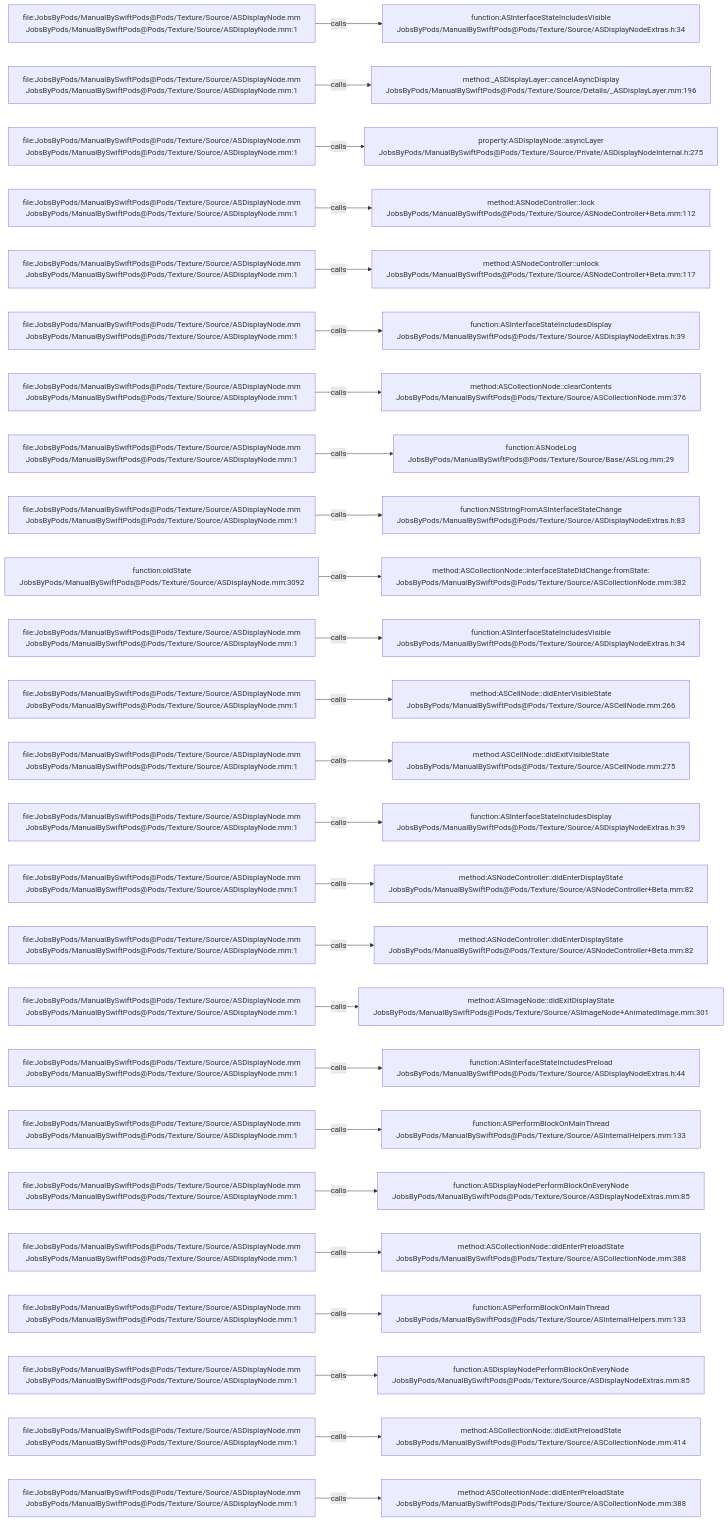
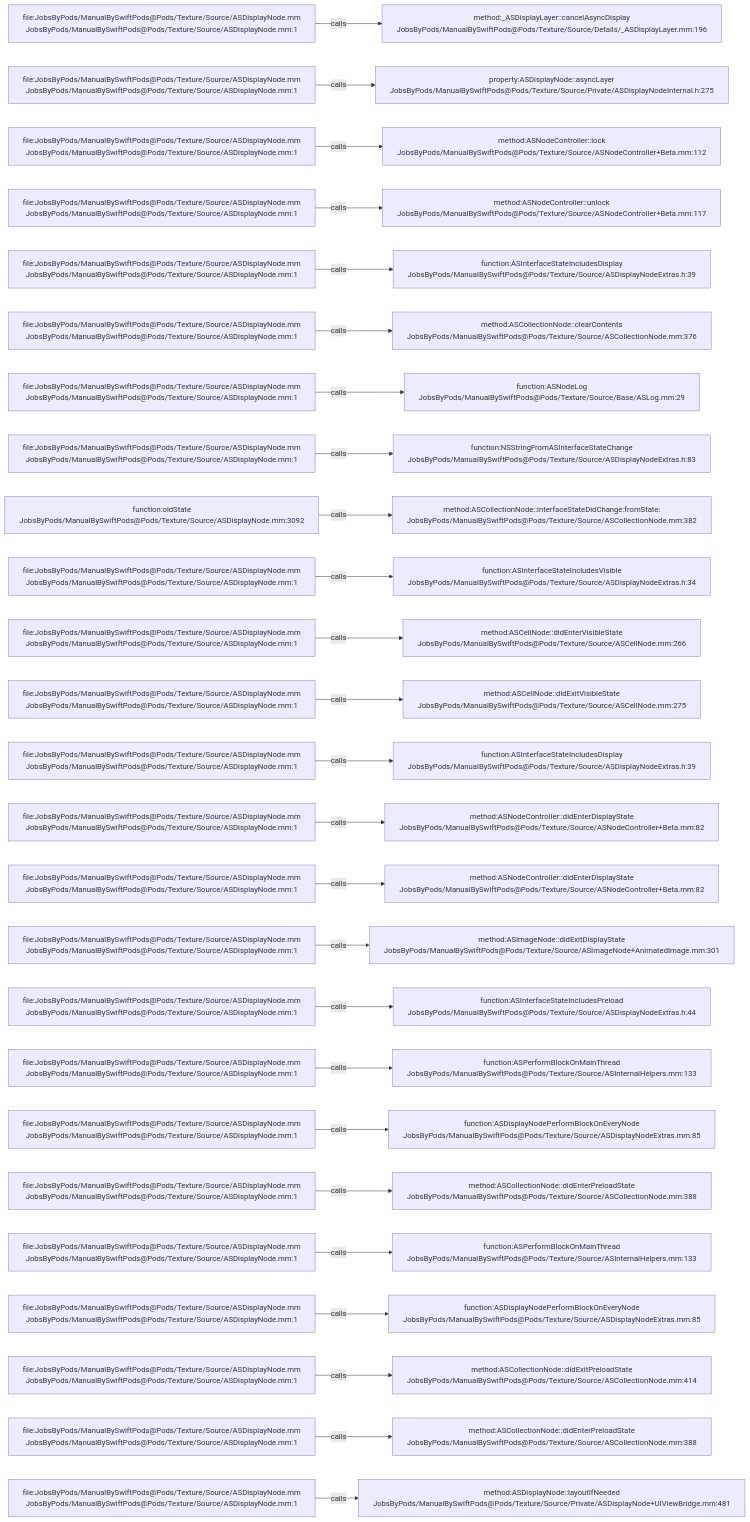
Before and after one commit to JobsKits/JobsSwiftBaseConfigDemo: the diagram in .codegraph/codegraph.md/graphs/calls-035.md, drawn with Mermaid. The commit also changed 747 other files, not shown here.

````diff
--- a/.codegraph/codegraph.md/graphs/calls-035.md
+++ b/.codegraph/codegraph.md/graphs/calls-035.md
@@ -13,78 +13,78 @@
 ```mermaid
 flowchart LR
   S1["file:JobsByPods/ManualBySwiftPods@Pods/Texture/Source/ASDisplayNode.mm<br/>JobsByPods/ManualBySwiftPods@Pods/Texture/Source/ASDisplayNode.mm:1"]
-  T1["function:ASInterfaceStateIncludesVisible<br/>JobsByPods/ManualBySwiftPods@Pods/Texture/Source/ASDisplayNodeExtras.h:34"]
+  T1["method:_ASDisplayLayer::cancelAsyncDisplay<br/>JobsByPods/ManualBySwiftPods@Pods/Texture/Source/Details/_ASDisplayLayer.mm:196"]
   S1 -->|calls| T1
   S2["file:JobsByPods/ManualBySwiftPods@Pods/Texture/Source/ASDisplayNode.mm<br/>JobsByPods/ManualBySwiftPods@Pods/Texture/Source/ASDisplayNode.mm:1"]
-  T2["method:_ASDisplayLayer::cancelAsyncDisplay<br/>JobsByPods/ManualBySwiftPods@Pods/Texture/Source/Details/_ASDisplayLayer.mm:196"]
+  T2["property:ASDisplayNode::asyncLayer<br/>JobsByPods/ManualBySwiftPods@Pods/Texture/Source/Private/ASDisplayNodeInternal.h:275"]
   S2 -->|calls| T2
   S3["file:JobsByPods/ManualBySwiftPods@Pods/Texture/Source/ASDisplayNode.mm<br/>JobsByPods/ManualBySwiftPods@Pods/Texture/Source/ASDisplayNode.mm:1"]
-  T3["property:ASDisplayNode::asyncLayer<br/>JobsByPods/ManualBySwiftPods@Pods/Texture/Source/Private/ASDisplayNodeInternal.h:275"]
+  T3["method:ASNodeController::lock<br/>JobsByPods/ManualBySwiftPods@Pods/Texture/Source/ASNodeController+Beta.mm:112"]
   S3 -->|calls| T3
   S4["file:JobsByPods/ManualBySwiftPods@Pods/Texture/Source/ASDisplayNode.mm<br/>JobsByPods/ManualBySwiftPods@Pods/Texture/Source/ASDisplayNode.mm:1"]
-  T4["method:ASNodeController::lock<br/>JobsByPods/ManualBySwiftPods@Pods/Texture/Source/ASNodeController+Beta.mm:112"]
+  T4["method:ASNodeController::unlock<br/>JobsByPods/ManualBySwiftPods@Pods/Texture/Source/ASNodeController+Beta.mm:117"]
   S4 -->|calls| T4
   S5["file:JobsByPods/ManualBySwiftPods@Pods/Texture/Source/ASDisplayNode.mm<br/>JobsByPods/ManualBySwiftPods@Pods/Texture/Source/ASDisplayNode.mm:1"]
-  T5["method:ASNodeController::unlock<br/>JobsByPods/ManualBySwiftPods@Pods/Texture/Source/ASNodeController+Beta.mm:117"]
+  T5["function:ASInterfaceStateIncludesDisplay<br/>JobsByPods/ManualBySwiftPods@Pods/Texture/Source/ASDisplayNodeExtras.h:39"]
   S5 -->|calls| T5
   S6["file:JobsByPods/ManualBySwiftPods@Pods/Texture/Source/ASDisplayNode.mm<br/>JobsByPods/ManualBySwiftPods@Pods/Texture/Source/ASDisplayNode.mm:1"]
-  T6["function:ASInterfaceStateIncludesDisplay<br/>JobsByPods/ManualBySwiftPods@Pods/Texture/Source/ASDisplayNodeExtras.h:39"]
+  T6["method:ASCollectionNode::clearContents<br/>JobsByPods/ManualBySwiftPods@Pods/Texture/Source/ASCollectionNode.mm:376"]
   S6 -->|calls| T6
   S7["file:JobsByPods/ManualBySwiftPods@Pods/Texture/Source/ASDisplayNode.mm<br/>JobsByPods/ManualBySwiftPods@Pods/Texture/Source/ASDisplayNode.mm:1"]
-  T7["method:ASCollectionNode::clearContents<br/>JobsByPods/ManualBySwiftPods@Pods/Texture/Source/ASCollectionNode.mm:376"]
+  T7["function:ASNodeLog<br/>JobsByPods/ManualBySwiftPods@Pods/Texture/Source/Base/ASLog.mm:29"]
   S7 -->|calls| T7
   S8["file:JobsByPods/ManualBySwiftPods@Pods/Texture/Source/ASDisplayNode.mm<br/>JobsByPods/ManualBySwiftPods@Pods/Texture/Source/ASDisplayNode.mm:1"]
-  T8["function:ASNodeLog<br/>JobsByPods/ManualBySwiftPods@Pods/Texture/Source/Base/ASLog.mm:29"]
+  T8["function:NSStringFromASInterfaceStateChange<br/>JobsByPods/ManualBySwiftPods@Pods/Texture/Source/ASDisplayNodeExtras.h:83"]
   S8 -->|calls| T8
-  S9["file:JobsByPods/ManualBySwiftPods@Pods/Texture/Source/ASDisplayNode.mm<br/>JobsByPods/ManualBySwiftPods@Pods/Texture/Source/ASDisplayNode.mm:1"]
-  T9["function:NSStringFromASInterfaceStateChange<br/>JobsByPods/ManualBySwiftPods@Pods/Texture/Source/ASDisplayNodeExtras.h:83"]
+  S9["function:oldState<br/>JobsByPods/ManualBySwiftPods@Pods/Texture/Source/ASDisplayNode.mm:3092"]
+  T9["method:ASCollectionNode::interfaceStateDidChange:fromState:<br/>JobsByPods/ManualBySwiftPods@Pods/Texture/Source/ASCollectionNode.mm:382"]
   S9 -->|calls| T9
-  S10["function:oldState<br/>JobsByPods/ManualBySwiftPods@Pods/Texture/Source/ASDisplayNode.mm:3092"]
-  T10["method:ASCollectionNode::interfaceStateDidChange:fromState:<br/>JobsByPods/ManualBySwiftPods@Pods/Texture/Source/ASCollectionNode.mm:382"]
+  S10["file:JobsByPods/ManualBySwiftPods@Pods/Texture/Source/ASDisplayNode.mm<br/>JobsByPods/ManualBySwiftPods@Pods/Texture/Source/ASDisplayNode.mm:1"]
+  T10["function:ASInterfaceStateIncludesVisible<br/>JobsByPods/ManualBySwiftPods@Pods/Texture/Source/ASDisplayNodeExtras.h:34"]
   S10 -->|calls| T10
   S11["file:JobsByPods/ManualBySwiftPods@Pods/Texture/Source/ASDisplayNode.mm<br/>JobsByPods/ManualBySwiftPods@Pods/Texture/Source/ASDisplayNode.mm:1"]
-  T11["function:ASInterfaceStateIncludesVisible<br/>JobsByPods/ManualBySwiftPods@Pods/Texture/Source/ASDisplayNodeExtras.h:34"]
+  T11["method:ASCellNode::didEnterVisibleState<br/>JobsByPods/ManualBySwiftPods@Pods/Texture/Source/ASCellNode.mm:266"]
   S11 -->|calls| T11
   S12["file:JobsByPods/ManualBySwiftPods@Pods/Texture/Source/ASDisplayNode.mm<br/>JobsByPods/ManualBySwiftPods@Pods/Texture/Source/ASDisplayNode.mm:1"]
-  T12["method:ASCellNode::didEnterVisibleState<br/>JobsByPods/ManualBySwiftPods@Pods/Texture/Source/ASCellNode.mm:266"]
+  T12["method:ASCellNode::didExitVisibleState<br/>JobsByPods/ManualBySwiftPods@Pods/Texture/Source/ASCellNode.mm:275"]
   S12 -->|calls| T12
   S13["file:JobsByPods/ManualBySwiftPods@Pods/Texture/Source/ASDisplayNode.mm<br/>JobsByPods/ManualBySwiftPods@Pods/Texture/Source/ASDisplayNode.mm:1"]
-  T13["method:ASCellNode::didExitVisibleState<br/>JobsByPods/ManualBySwiftPods@Pods/Texture/Source/ASCellNode.mm:275"]
+  T13["function:ASInterfaceStateIncludesDisplay<br/>JobsByPods/ManualBySwiftPods@Pods/Texture/Source/ASDisplayNodeExtras.h:39"]
   S13 -->|calls| T13
   S14["file:JobsByPods/ManualBySwiftPods@Pods/Texture/Source/ASDisplayNode.mm<br/>JobsByPods/ManualBySwiftPods@Pods/Texture/Source/ASDisplayNode.mm:1"]
-  T14["function:ASInterfaceStateIncludesDisplay<br/>JobsByPods/ManualBySwiftPods@Pods/Texture/Source/ASDisplayNodeExtras.h:39"]
+  T14["method:ASNodeController::didEnterDisplayState<br/>JobsByPods/ManualBySwiftPods@Pods/Texture/Source/ASNodeController+Beta.mm:82"]
   S14 -->|calls| T14
   S15["file:JobsByPods/ManualBySwiftPods@Pods/Texture/Source/ASDisplayNode.mm<br/>JobsByPods/ManualBySwiftPods@Pods/Texture/Source/ASDisplayNode.mm:1"]
   T15["method:ASNodeController::didEnterDisplayState<br/>JobsByPods/ManualBySwiftPods@Pods/Texture/Source/ASNodeController+Beta.mm:82"]
   S15 -->|calls| T15
   S16["file:JobsByPods/ManualBySwiftPods@Pods/Texture/Source/ASDisplayNode.mm<br/>JobsByPods/ManualBySwiftPods@Pods/Texture/Source/ASDisplayNode.mm:1"]
-  T16["method:ASNodeController::didEnterDisplayState<br/>JobsByPods/ManualBySwiftPods@Pods/Texture/Source/ASNodeController+Beta.mm:82"]
+  T16["method:ASImageNode::didExitDisplayState<br/>JobsByPods/ManualBySwiftPods@Pods/Texture/Source/ASImageNode+AnimatedImage.mm:301"]
   S16 -->|calls| T16
   S17["file:JobsByPods/ManualBySwiftPods@Pods/Texture/Source/ASDisplayNode.mm<br/>JobsByPods/ManualBySwiftPods@Pods/Texture/Source/ASDisplayNode.mm:1"]
-  T17["method:ASImageNode::didExitDisplayState<br/>JobsByPods/ManualBySwiftPods@Pods/Texture/Source/ASImageNode+AnimatedImage.mm:301"]
+  T17["function:ASInterfaceStateIncludesPreload<br/>JobsByPods/ManualBySwiftPods@Pods/Texture/Source/ASDisplayNodeExtras.h:44"]
   S17 -->|calls| T17
   S18["file:JobsByPods/ManualBySwiftPods@Pods/Texture/Source/ASDisplayNode.mm<br/>JobsByPods/ManualBySwiftPods@Pods/Texture/Source/ASDisplayNode.mm:1"]
-  T18["function:ASInterfaceStateIncludesPreload<br/>JobsByPods/ManualBySwiftPods@Pods/Texture/Source/ASDisplayNodeExtras.h:44"]
+  T18["function:ASPerformBlockOnMainThread<br/>JobsByPods/ManualBySwiftPods@Pods/Texture/Source/ASInternalHelpers.mm:133"]
   S18 -->|calls| T18
   S19["file:JobsByPods/ManualBySwiftPods@Pods/Texture/Source/ASDisplayNode.mm<br/>JobsByPods/ManualBySwiftPods@Pods/Texture/Source/ASDisplayNode.mm:1"]
-  T19["function:ASPerformBlockOnMainThread<br/>JobsByPods/ManualBySwiftPods@Pods/Texture/Source/ASInternalHelpers.mm:133"]
+  T19["function:ASDisplayNodePerformBlockOnEveryNode<br/>JobsByPods/ManualBySwiftPods@Pods/Texture/Source/ASDisplayNodeExtras.mm:85"]
   S19 -->|calls| T19
   S20["file:JobsByPods/ManualBySwiftPods@Pods/Texture/Source/ASDisplayNode.mm<br/>JobsByPods/ManualBySwiftPods@Pods/Texture/Source/ASDisplayNode.mm:1"]
-  T20["function:ASDisplayNodePerformBlockOnEveryNode<br/>JobsByPods/ManualBySwiftPods@Pods/Texture/Source/ASDisplayNodeExtras.mm:85"]
+  T20["method:ASCollectionNode::didEnterPreloadState<br/>JobsByPods/ManualBySwiftPods@Pods/Texture/Source/ASCollectionNode.mm:388"]
   S20 -->|calls| T20
   S21["file:JobsByPods/ManualBySwiftPods@Pods/Texture/Source/ASDisplayNode.mm<br/>JobsByPods/ManualBySwiftPods@Pods/Texture/Source/ASDisplayNode.mm:1"]
-  T21["method:ASCollectionNode::didEnterPreloadState<br/>JobsByPods/ManualBySwiftPods@Pods/Texture/Source/ASCollectionNode.mm:388"]
+  T21["function:ASPerformBlockOnMainThread<br/>JobsByPods/ManualBySwiftPods@Pods/Texture/Source/ASInternalHelpers.mm:133"]
   S21 -->|calls| T21
   S22["file:JobsByPods/ManualBySwiftPods@Pods/Texture/Source/ASDisplayNode.mm<br/>JobsByPods/ManualBySwiftPods@Pods/Texture/Source/ASDisplayNode.mm:1"]
-  T22["function:ASPerformBlockOnMainThread<br/>JobsByPods/ManualBySwiftPods@Pods/Texture/Source/ASInternalHelpers.mm:133"]
+  T22["function:ASDisplayNodePerformBlockOnEveryNode<br/>JobsByPods/ManualBySwiftPods@Pods/Texture/Source/ASDisplayNodeExtras.mm:85"]
   S22 -->|calls| T22
   S23["file:JobsByPods/ManualBySwiftPods@Pods/Texture/Source/ASDisplayNode.mm<br/>JobsByPods/ManualBySwiftPods@Pods/Texture/Source/ASDisplayNode.mm:1"]
-  T23["function:ASDisplayNodePerformBlockOnEveryNode<br/>JobsByPods/ManualBySwiftPods@Pods/Texture/Source/ASDisplayNodeExtras.mm:85"]
+  T23["method:ASCollectionNode::didExitPreloadState<br/>JobsByPods/ManualBySwiftPods@Pods/Texture/Source/ASCollectionNode.mm:414"]
   S23 -->|calls| T23
   S24["file:JobsByPods/ManualBySwiftPods@Pods/Texture/Source/ASDisplayNode.mm<br/>JobsByPods/ManualBySwiftPods@Pods/Texture/Source/ASDisplayNode.mm:1"]
-  T24["method:ASCollectionNode::didExitPreloadState<br/>JobsByPods/ManualBySwiftPods@Pods/Texture/Source/ASCollectionNode.mm:414"]
+  T24["method:ASCollectionNode::didEnterPreloadState<br/>JobsByPods/ManualBySwiftPods@Pods/Texture/Source/ASCollectionNode.mm:388"]
   S24 -->|calls| T24
   S25["file:JobsByPods/ManualBySwiftPods@Pods/Texture/Source/ASDisplayNode.mm<br/>JobsByPods/ManualBySwiftPods@Pods/Texture/Source/ASDisplayNode.mm:1"]
-  T25["method:ASCollectionNode::didEnterPreloadState<br/>JobsByPods/ManualBySwiftPods@Pods/Texture/Source/ASCollectionNode.mm:388"]
+  T25["method:ASDisplayNode::layoutIfNeeded<br/>JobsByPods/ManualBySwiftPods@Pods/Texture/Source/Private/ASDisplayNode+UIViewBridge.mm:481"]
   S25 -->|calls| T25
 ```
````
